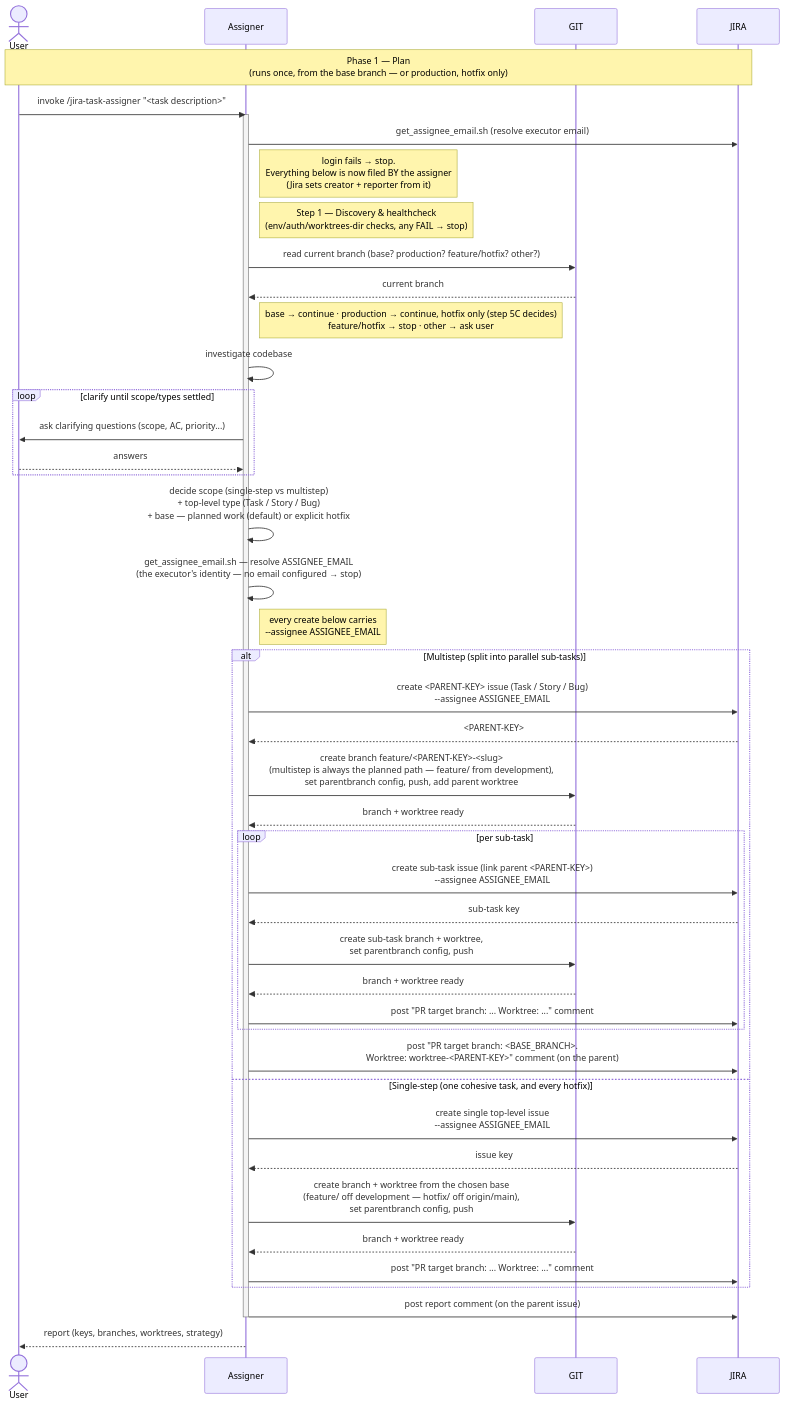
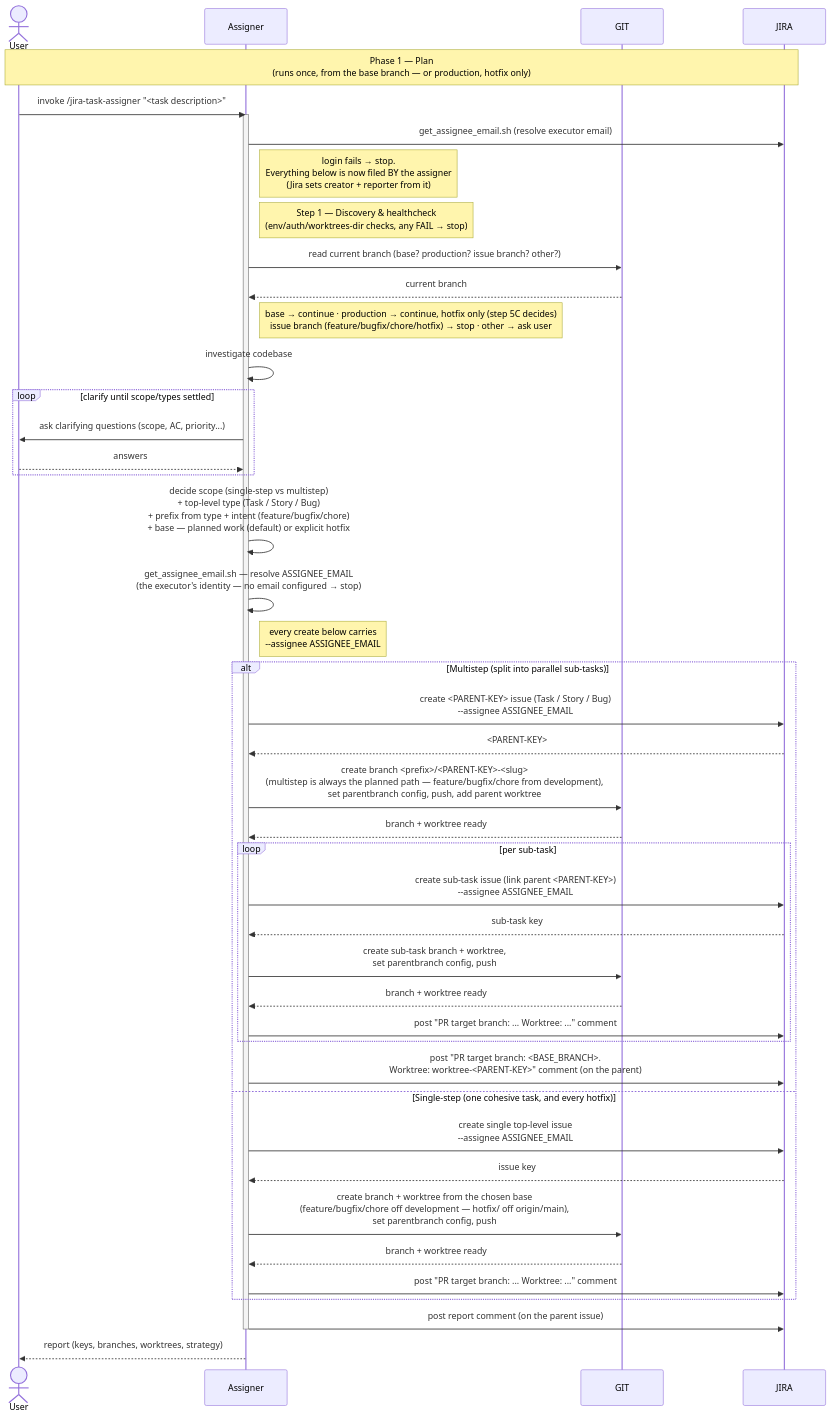
Before and after one commit to kantorv/jira-sdlc-tools: the diagram in plugins/jira-sdlc/docs/TASK-LIFECYCLE-PHASE-1.md, drawn with Mermaid. The commit also changed other lines of this file and 18 other files, not shown here.

First line of the commit message:
JST-272 adopt four-prefix branch convention across the docs

````diff
--- a/plugins/jira-sdlc/docs/TASK-LIFECYCLE-PHASE-1.md
+++ b/plugins/jira-sdlc/docs/TASK-LIFECYCLE-PHASE-1.md
@@ -26,54 +27,54 @@
 ```mermaid
 sequenceDiagram
     actor User
     participant Assigner
     participant GIT
     participant JIRA
 
     Note over User,JIRA: Phase 1 — Plan<br/>(runs once, from the base branch — or production, hotfix only)
     User->>Assigner: invoke /jira-task-assigner "<task description>"
 
     activate Assigner
     Assigner->>JIRA: get_assignee_email.sh (resolve executor email)
     Note right of Assigner: login fails → stop.<br/>Everything below is now filed BY the assigner<br/>(Jira sets creator + reporter from it)
     Note right of Assigner: Step 1 — Discovery & healthcheck<br/>(env/auth/worktrees-dir checks, any FAIL → stop)
-    Assigner->>GIT: read current branch (base? production? feature/hotfix? other?)
+    Assigner->>GIT: read current branch (base? production? issue branch? other?)
     GIT-->>Assigner: current branch
-    Note right of Assigner: base → continue · production → continue, hotfix only (step 5C decides)<br/>feature/hotfix → stop · other → ask user
+    Note right of Assigner: base → continue · production → continue, hotfix only (step 5C decides)<br/>issue branch (feature/bugfix/chore/hotfix) → stop · other → ask user
     Assigner->>Assigner: investigate codebase
 
     loop clarify until scope/types settled
         Assigner->>User: ask clarifying questions (scope, AC, priority...)
         User-->>Assigner: answers
     end
 
-    Assigner->>Assigner: decide scope (single-step vs multistep)<br/>+ top-level type (Task / Story / Bug)<br/>+ base — planned work (default) or explicit hotfix
+    Assigner->>Assigner: decide scope (single-step vs multistep)<br/>+ top-level type (Task / Story / Bug)<br/>+ prefix from type + intent (feature/bugfix/chore)<br/>+ base — planned work (default) or explicit hotfix
 
     Assigner->>Assigner: get_assignee_email.sh — resolve ASSIGNEE_EMAIL<br/>(the executor's identity — no email configured → stop)
     Note right of Assigner: every create below carries<br/>--assignee ASSIGNEE_EMAIL
 
     alt Multistep (split into parallel sub-tasks)
         Assigner->>JIRA: create <PARENT-KEY> issue (Task / Story / Bug)<br/>--assignee ASSIGNEE_EMAIL
         JIRA-->>Assigner: <PARENT-KEY>
-        Assigner->>GIT: create branch feature/<PARENT-KEY>-<slug><br/>(multistep is always the planned path — feature/ from development),<br/>set parentbranch config, push, add parent worktree
+        Assigner->>GIT: create branch <prefix>/<PARENT-KEY>-<slug><br/>(multistep is always the planned path — feature/bugfix/chore from development),<br/>set parentbranch config, push, add parent worktree
         GIT-->>Assigner: branch + worktree ready
         loop per sub-task
             Assigner->>JIRA: create sub-task issue (link parent <PARENT-KEY>)<br/>--assignee ASSIGNEE_EMAIL
             JIRA-->>Assigner: sub-task key
             Assigner->>GIT: create sub-task branch + worktree,<br/>set parentbranch config, push
             GIT-->>Assigner: branch + worktree ready
             Assigner->>JIRA: post "PR target branch: ... Worktree: ..." comment
         end
         Assigner->>JIRA: post "PR target branch: <BASE_BRANCH>.<br/>Worktree: worktree-<PARENT-KEY>" comment (on the parent)
     else Single-step (one cohesive task, and every hotfix)
         Assigner->>JIRA: create single top-level issue<br/>--assignee ASSIGNEE_EMAIL
         JIRA-->>Assigner: issue key
-        Assigner->>GIT: create branch + worktree from the chosen base<br/>(feature/ off development — hotfix/ off origin/main),<br/>set parentbranch config, push
+        Assigner->>GIT: create branch + worktree from the chosen base<br/>(feature/bugfix/chore off development — hotfix/ off origin/main),<br/>set parentbranch config, push
         GIT-->>Assigner: branch + worktree ready
         Assigner->>JIRA: post "PR target branch: ... Worktree: ..." comment
     end
     Assigner->>JIRA: post report comment (on the parent issue)
     deactivate Assigner
 
     Assigner-->>User: report (keys, branches, worktrees, strategy)
 ```
````
